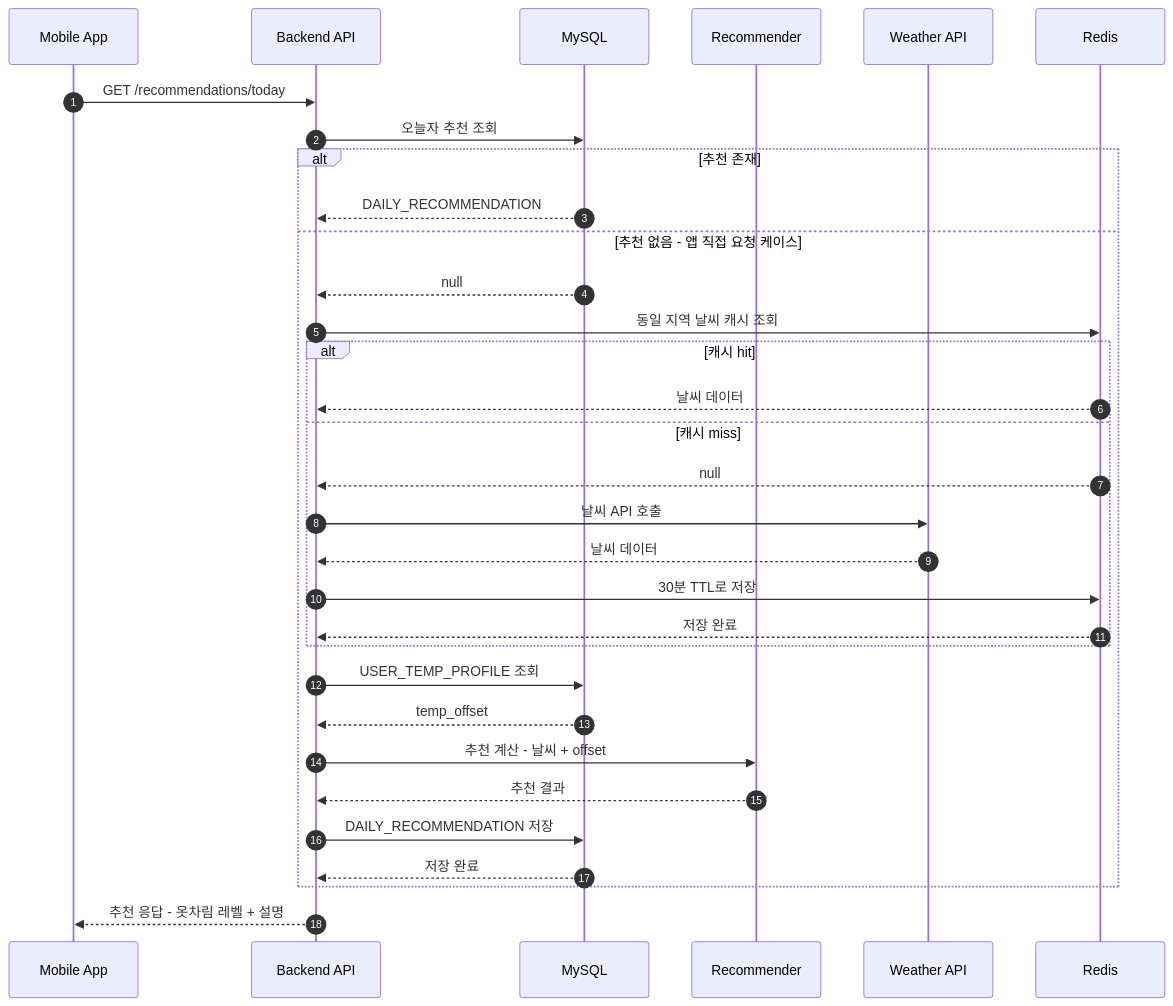
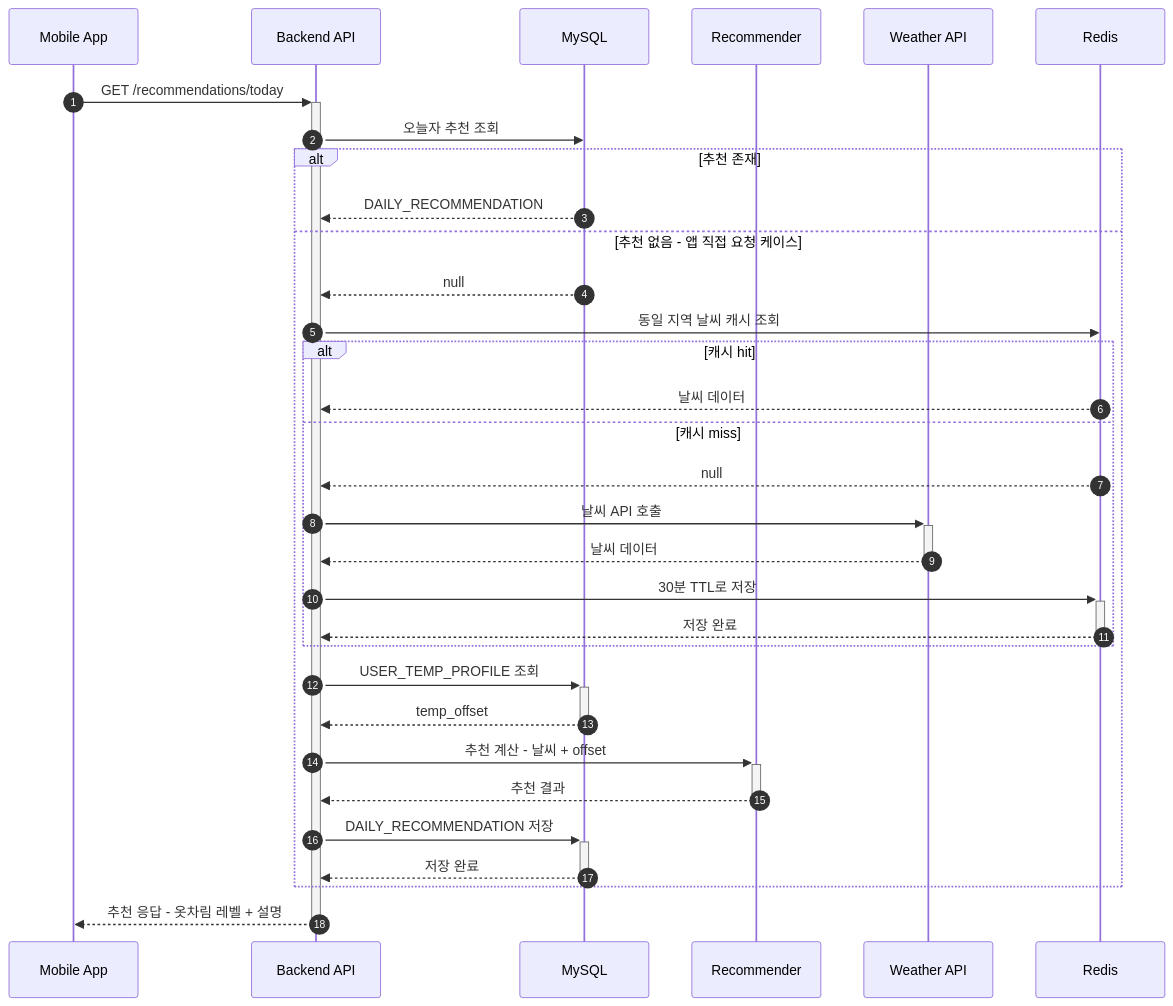
One commit to najang/OMO changed the fourth of 4 diagrams in docs/05-sequence-diagrams.md. Above: the diagram before and after it, drawn with Mermaid. The commit also changed other lines of this file and 2 other files, not shown here.

Commit message:
OMO-20 docs: 아키텍처·시퀀스·API 명세 문서 업데이트

````diff
--- a/docs/05-sequence-diagrams.md
+++ b/docs/05-sequence-diagrams.md
@@ -73,41 +109,42 @@
 ```mermaid
 sequenceDiagram
     autonumber
     participant APP as Mobile App
     participant API as Backend API
     participant DB as MySQL
     participant R as Recommender
     participant W as Weather API
     participant Cache as Redis
 
-    APP->>API: GET /recommendations/today
+    APP->>+API: GET /recommendations/today
     API->>DB: 오늘자 추천 조회
 
     alt 추천 존재
         DB-->>API: DAILY_RECOMMENDATION
     else 추천 없음 - 앱 직접 요청 케이스
         DB-->>API: null
 
         API->>Cache: 동일 지역 날씨 캐시 조회
+
         alt 캐시 hit
             Cache-->>API: 날씨 데이터
         else 캐시 miss
             Cache-->>API: null
-            API->>W: 날씨 API 호출
-            W-->>API: 날씨 데이터
-            API->>Cache: 30분 TTL로 저장
-            Cache-->>API: 저장 완료
+            API->>+W: 날씨 API 호출
+            W-->>-API: 날씨 데이터
+            API->>+Cache: 30분 TTL로 저장
+            Cache-->>-API: 저장 완료
         end
 
-        API->>DB: USER_TEMP_PROFILE 조회
-        DB-->>API: temp_offset
+        API->>+DB: USER_TEMP_PROFILE 조회
+        DB-->>-API: temp_offset
 
-        API->>R: 추천 계산 - 날씨 + offset
-        R-->>API: 추천 결과
+        API->>+R: 추천 계산 - 날씨 + offset
+        R-->>-API: 추천 결과
 
-        API->>DB: DAILY_RECOMMENDATION 저장
-        DB-->>API: 저장 완료
+        API->>+DB: DAILY_RECOMMENDATION 저장
+        DB-->>-API: 저장 완료
     end
 
-    API-->>APP: 추천 응답 - 옷차림 레벨 + 설명
+    API-->>-APP: 추천 응답 - 옷차림 레벨 + 설명
 ```
````
